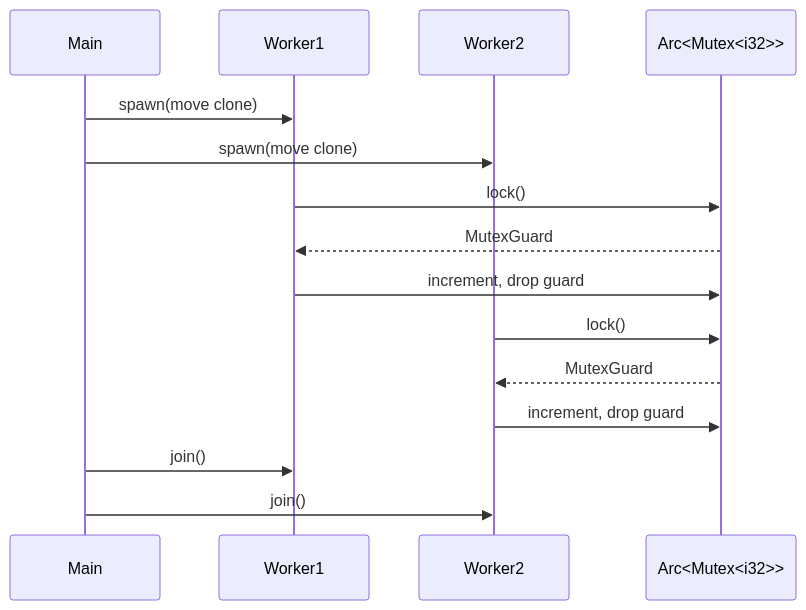
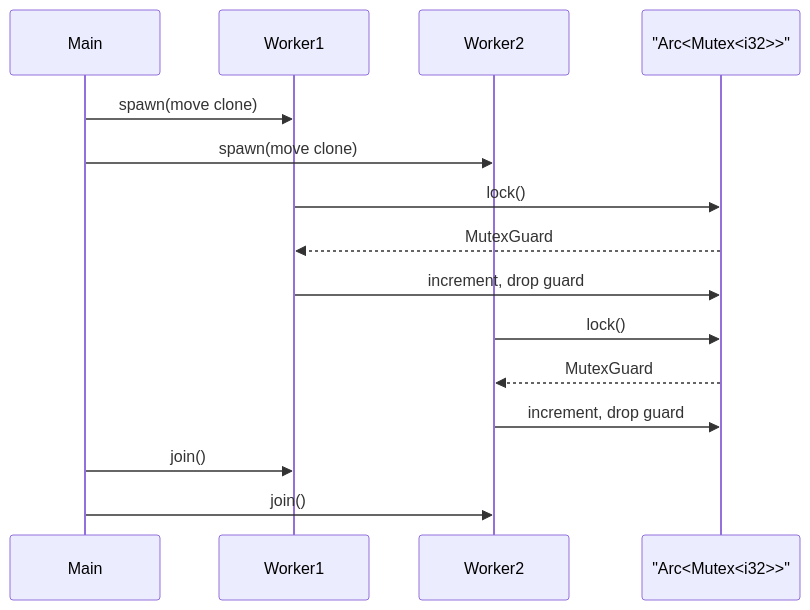
One commit to justinbrianhwang/SJ-wiki changed the diagram in docs/cs/programming/rust/concurrency-and-shared-state.md. Above: the diagram before and after it, drawn with Mermaid. The commit also changed 126 other files, not shown here.

Commit message:
Image-URL audit: remove 22 broken Wikimedia/GitHub image embeds (HTTP 400/404); add check-image-urls.py + fix-broken-images.py verification tools; final CS Mermaid review applied

````diff
--- a/docs/cs/programming/rust/concurrency-and-shared-state.md
+++ b/docs/cs/programming/rust/concurrency-and-shared-state.md
@@ -60,17 +60,17 @@
 ```mermaid
 sequenceDiagram
   participant Main
   participant Worker1
   participant Worker2
-  participant Counter as Arc<Mutex<i32>>
+  participant Counter as "Arc<Mutex<i32>>"
   Main->>Worker1: spawn(move clone)
   Main->>Worker2: spawn(move clone)
   Worker1->>Counter: lock()
   Counter-->>Worker1: MutexGuard
   Worker1->>Counter: increment, drop guard
   Worker2->>Counter: lock()
   Counter-->>Worker2: MutexGuard
   Worker2->>Counter: increment, drop guard
   Main->>Worker1: join()
   Main->>Worker2: join()
 ```
````
